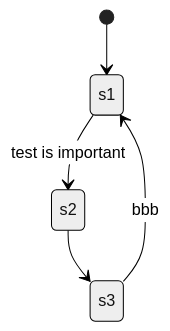
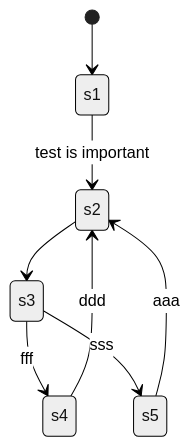
One commit to iodoform/BubbleConverter changed the diagram in Assets/Scripts/test.md. Above: the diagram before and after it, drawn with Mermaid (neutral theme). The commit also changed 4 other files, not shown here.

````diff
--- a/Assets/Scripts/test.md
+++ b/Assets/Scripts/test.md
@@ -1,11 +1,14 @@
 ```MerMaiD
 stateDiagram-v2
     [*]-->s1
     s1 
     --> 
     s2 : test is important
 
 
     s2 --> s3 
-    s3-->s1:bbb
+    s3-->s4:fff
+    s4-->s2:ddd
+    s3-->s5:sss
+    s5-->s2:aaa
 ```
````
